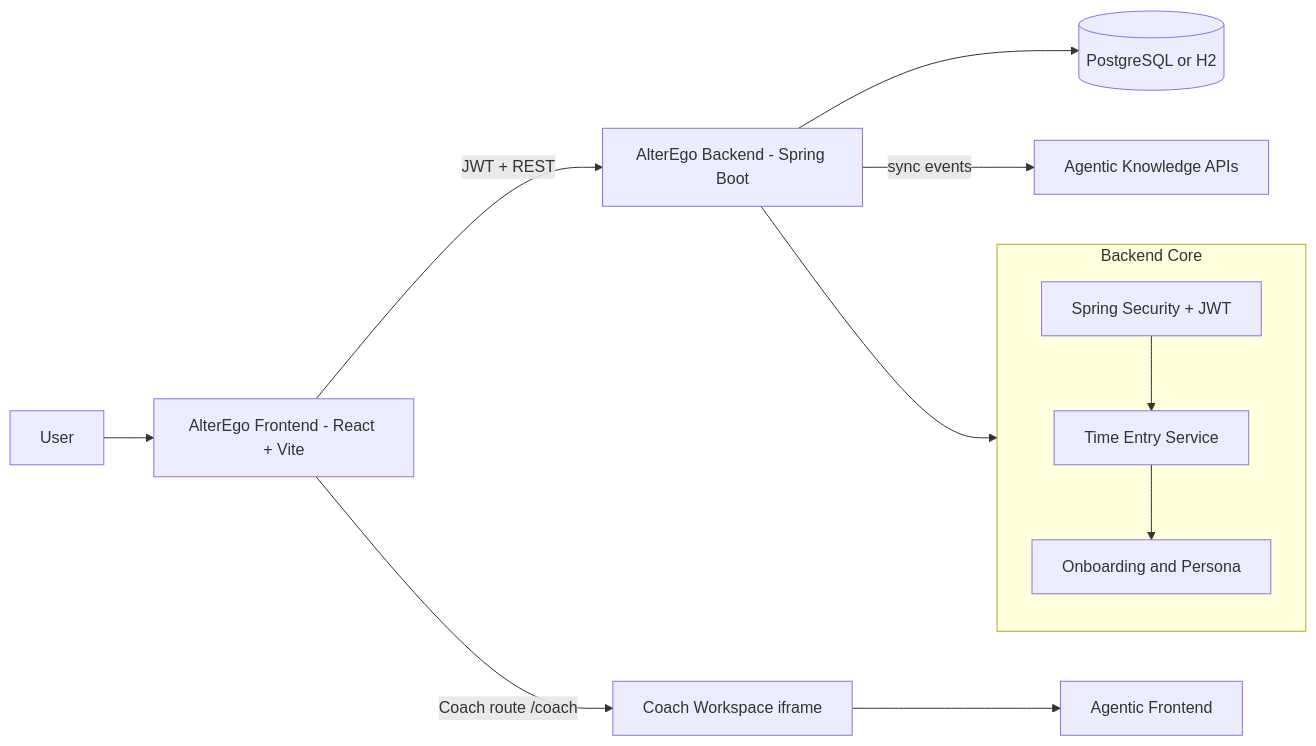
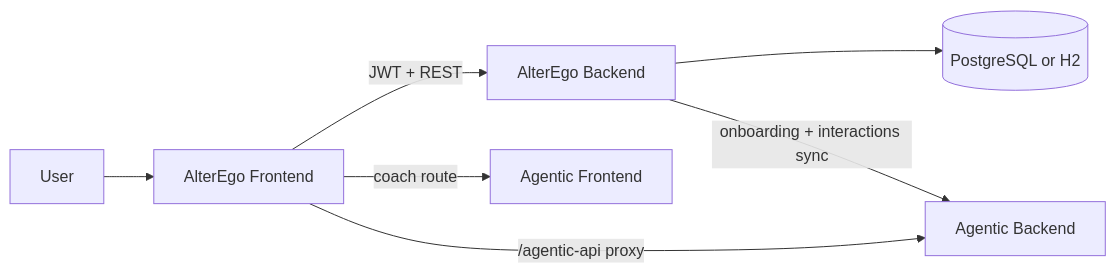
One commit to Tushar-57/AlterEgo_TimeTracking changed the diagram in README.md. Above: the diagram before and after it, drawn with Mermaid. The commit also changed other lines of this file and 3 other files, not shown here.

Commit message:
feat: implement habit snapshot sync with Agentic and enhance TaskManager with habit tracking features

````diff
--- a/README.md
+++ b/README.md
@@ -46,19 +25,10 @@
 ```mermaid
 flowchart LR
-    U[User] --> FE[AlterEgo Frontend - React + Vite]
-    FE -->|JWT + REST| BE[AlterEgo Backend - Spring Boot]
+    U[User] --> FE[AlterEgo Frontend]
+    FE -->|JWT + REST| BE[AlterEgo Backend]
     BE --> DB[(PostgreSQL or H2)]
-    FE -->|Coach route /coach| CW[Coach Workspace iframe]
-    CW --> AF[Agentic Frontend]
-    BE -->|sync events| AK[Agentic Knowledge APIs]
 
-    subgraph BEStack [Backend Core]
-      AUTH[Spring Security + JWT]
-      TIMER[Time Entry Service]
-      ONB[Onboarding and Persona]
-      AUTH --> TIMER
-      TIMER --> ONB
-    end
-
-    BE --> BEStack
+    FE -->|coach route| AF[Agentic Frontend]
+    FE -->|/agentic-api proxy| AB[Agentic Backend]
+    BE -->|onboarding + interactions sync| AB
 ```
````
